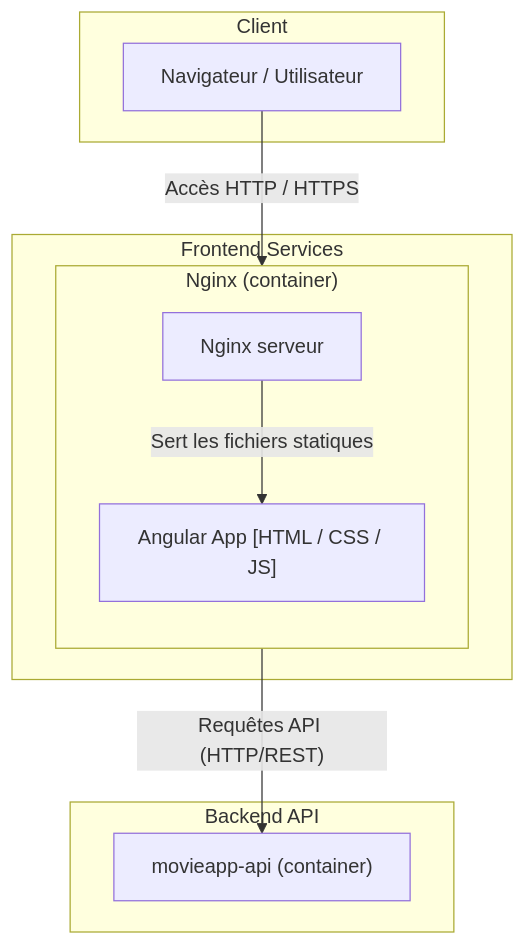
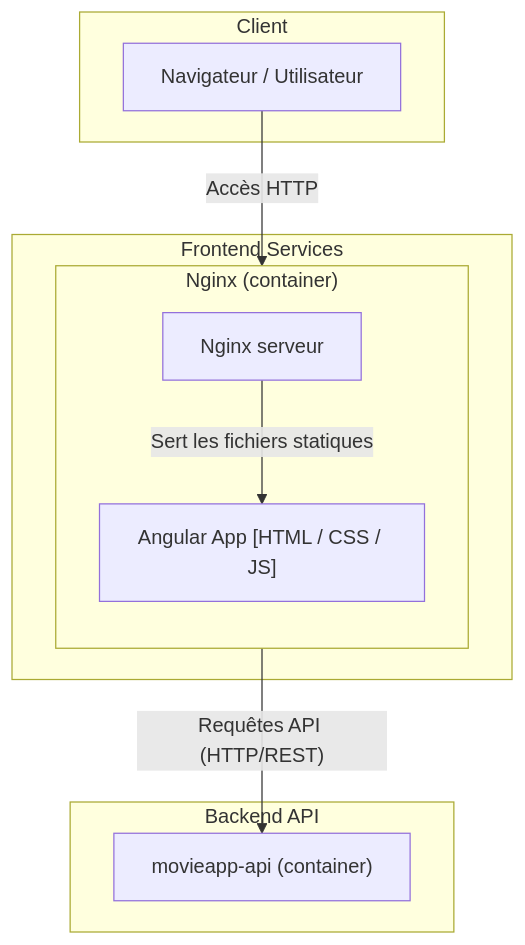
Before and after one commit to messaoudRm/movieapp-ui: the diagram in docs/ARCHITECTURE.md, drawn with Mermaid. The commit also changed 5 other files, not shown here.

````diff
--- a/docs/ARCHITECTURE.md
+++ b/docs/ARCHITECTURE.md
@@ -5,23 +5,23 @@
 ```mermaid
 flowchart TB
     subgraph Client["Client"]
         user["Navigateur / Utilisateur"]
     end
 
     subgraph Frontend["Frontend Services"]
         subgraph NginxContainer["Nginx (container)"]
             direction TB
             nginx["Nginx serveur "]
             angularApp["Angular App [HTML / CSS / JS]"]
         end
     end
 
     subgraph Backend["Backend API"]
         api["movieapp-api (container)"]
     end
 
     %% Flèches
-    user -->|"Accès HTTP / HTTPS"| nginx
+    user -->|"Accès HTTP"| nginx
     nginx -->|"Sert les fichiers statiques"| angularApp
     angularApp -->|"Requêtes API (HTTP/REST)"| api
 ```
````
